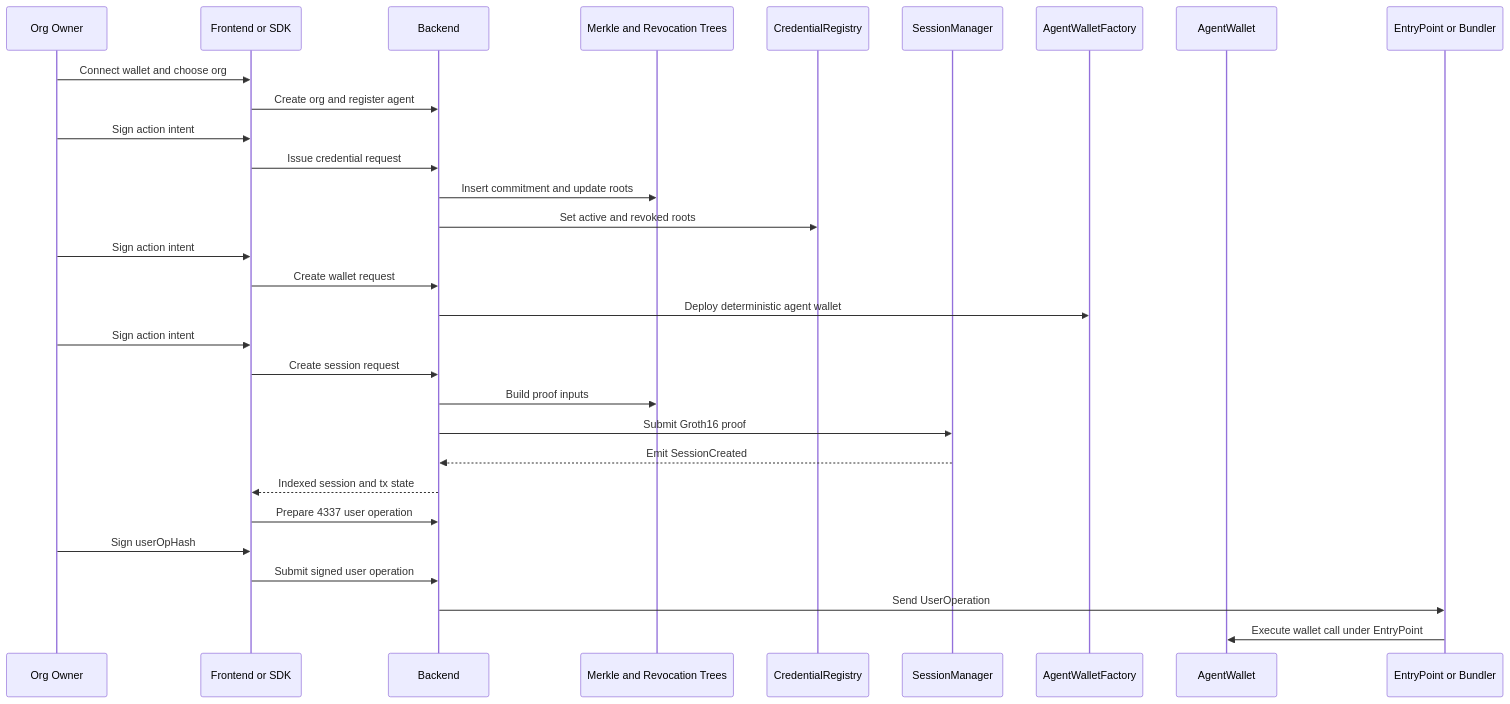
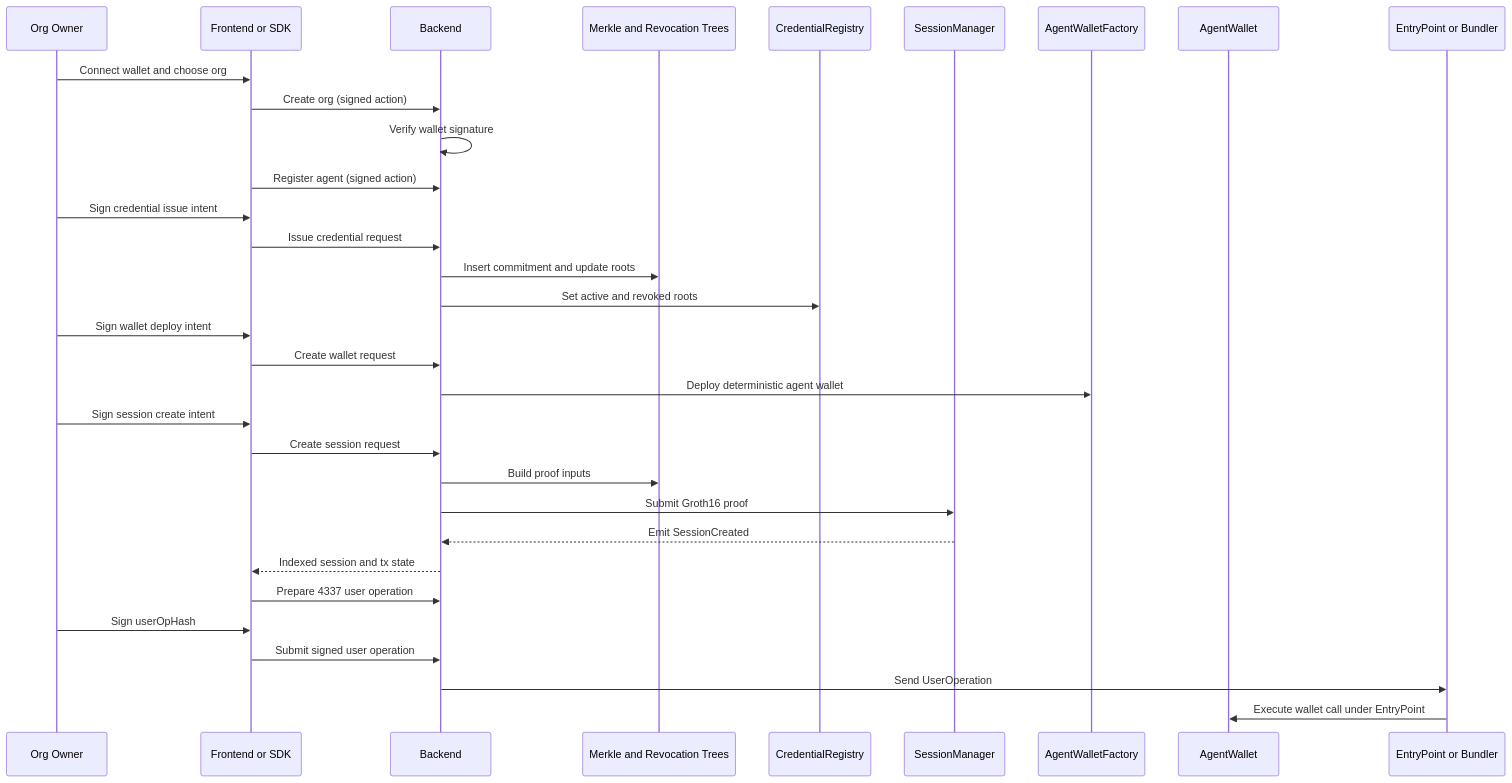
The third of 4 diagrams in agent-credentials-mvp/README.md (SRIVISHNUGV-DEV/AGENTIX), drawn with Mermaid before and after one commit. The commit also changed other lines of this file, not shown here.

First line of the commit message:
docs: rewrite README to match actual architecture

````diff
--- a/agent-credentials-mvp/README.md
+++ b/agent-credentials-mvp/README.md
@@ -149,33 +181,35 @@
 ```mermaid
 sequenceDiagram
     participant O as Org Owner
     participant FE as Frontend or SDK
     participant BE as Backend
     participant MT as Merkle and Revocation Trees
     participant C as CredentialRegistry
     participant S as SessionManager
     participant F as AgentWalletFactory
     participant W as AgentWallet
     participant E as EntryPoint or Bundler
 
     O->>FE: Connect wallet and choose org
-    FE->>BE: Create org and register agent
-    O->>FE: Sign action intent
+    FE->>BE: Create org (signed action)
+    BE->>BE: Verify wallet signature
+    FE->>BE: Register agent (signed action)
+    O->>FE: Sign credential issue intent
     FE->>BE: Issue credential request
     BE->>MT: Insert commitment and update roots
     BE->>C: Set active and revoked roots
-    O->>FE: Sign action intent
+    O->>FE: Sign wallet deploy intent
     FE->>BE: Create wallet request
     BE->>F: Deploy deterministic agent wallet
-    O->>FE: Sign action intent
+    O->>FE: Sign session create intent
     FE->>BE: Create session request
     BE->>MT: Build proof inputs
     BE->>S: Submit Groth16 proof
     S-->>BE: Emit SessionCreated
     BE-->>FE: Indexed session and tx state
     FE->>BE: Prepare 4337 user operation
     O->>FE: Sign userOpHash
     FE->>BE: Submit signed user operation
     BE->>E: Send UserOperation
     E->>W: Execute wallet call under EntryPoint
 ```
````
